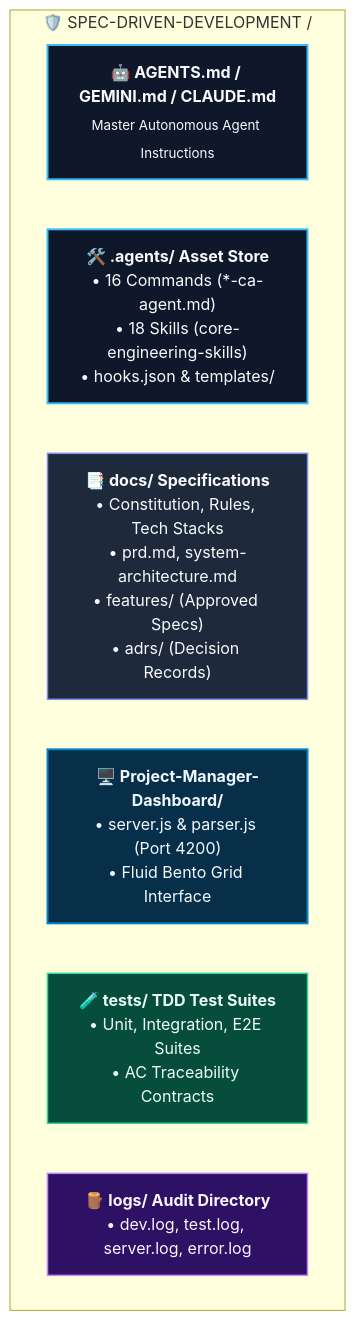
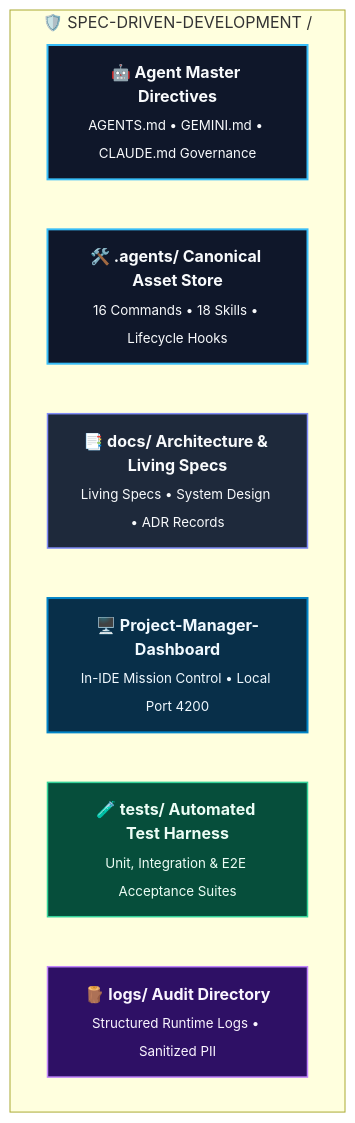
The third of 3 diagrams in SDD-TDD-Chandan-Adhikary/Spec-Driven-Development/README.md (rmsofficialsyt/Agentic-AI-Vibe-Coding-AND-SDD-TDD-Codebase-Chandan-Adhikary), drawn with Mermaid before and after one commit. The commit also changed 14 other files, not shown here.

Commit message:
docs: standardize diagram card sizes, layouts, and UI sizing scale across frameworks

````diff
--- a/SDD-TDD-Chandan-Adhikary/Spec-Driven-Development/README.md
+++ b/SDD-TDD-Chandan-Adhikary/Spec-Driven-Development/README.md
@@ -168,17 +168,17 @@
 ```mermaid
 flowchart TD
     classDef agent fill:#0f172a,stroke:#38bdf8,stroke-width:2px,color:#f8fafc;
     classDef doc fill:#1e293b,stroke:#818cf8,stroke-width:1.5px,color:#f8fafc;
     classDef dash fill:#082f49,stroke:#0284c7,stroke-width:2px,color:#f0f9ff;
     classDef test fill:#064e3b,stroke:#34d399,stroke-width:1.5px,color:#ecfdf5;
     classDef log fill:#2e1065,stroke:#c084fc,stroke-width:1.5px,color:#faf5ff;
 
     subgraph RepoRoot ["🛡️ SPEC-DRIVEN-DEVELOPMENT /"]
-        AGENTS["<b>🤖 AGENTS.md / GEMINI.md / CLAUDE.md</b><br/><sub>Master Autonomous Agent Instructions</sub>"]:::agent
-        AgentsDir["<b>🛠️ .agents/ Asset Store</b><br/>• 16 Commands (*-ca-agent.md)<br/>• 18 Skills (core-engineering-skills)<br/>• hooks.json & templates/"]:::agent
-        DocsDir["<b>📑 docs/ Specifications</b><br/>• Constitution, Rules, Tech Stacks<br/>• prd.md, system-architecture.md<br/>• features/ (Approved Specs)<br/>• adrs/ (Decision Records)"]:::doc
-        DashboardDir["<b>🖥️ Project-Manager-Dashboard/</b><br/>• server.js & parser.js (Port 4200)<br/>• Fluid Bento Grid Interface"]:::dash
-        TestsDir["<b>🧪 tests/ TDD Test Suites</b><br/>• Unit, Integration, E2E Suites<br/>• AC Traceability Contracts"]:::test
-        LogsDir["<b>🪵 logs/ Audit Directory</b><br/>• dev.log, test.log, server.log, error.log"]:::log
+        AGENTS["<b>🤖 Agent Master Directives</b><br/><sub>AGENTS.md • GEMINI.md • CLAUDE.md Governance</sub>"]:::agent
+        AgentsDir["<b>🛠️ .agents/ Canonical Asset Store</b><br/><sub>16 Commands • 18 Skills • Lifecycle Hooks</sub>"]:::agent
+        DocsDir["<b>📑 docs/ Architecture & Living Specs</b><br/><sub>Living Specs • System Design • ADR Records</sub>"]:::doc
+        DashboardDir["<b>🖥️ Project-Manager-Dashboard</b><br/><sub>In-IDE Mission Control • Local Port 4200</sub>"]:::dash
+        TestsDir["<b>🧪 tests/ Automated Test Harness</b><br/><sub>Unit, Integration & E2E Acceptance Suites</sub>"]:::test
+        LogsDir["<b>🪵 logs/ Audit Directory</b><br/><sub>Structured Runtime Logs • Sanitized PII</sub>"]:::log
     end
 ```
````
